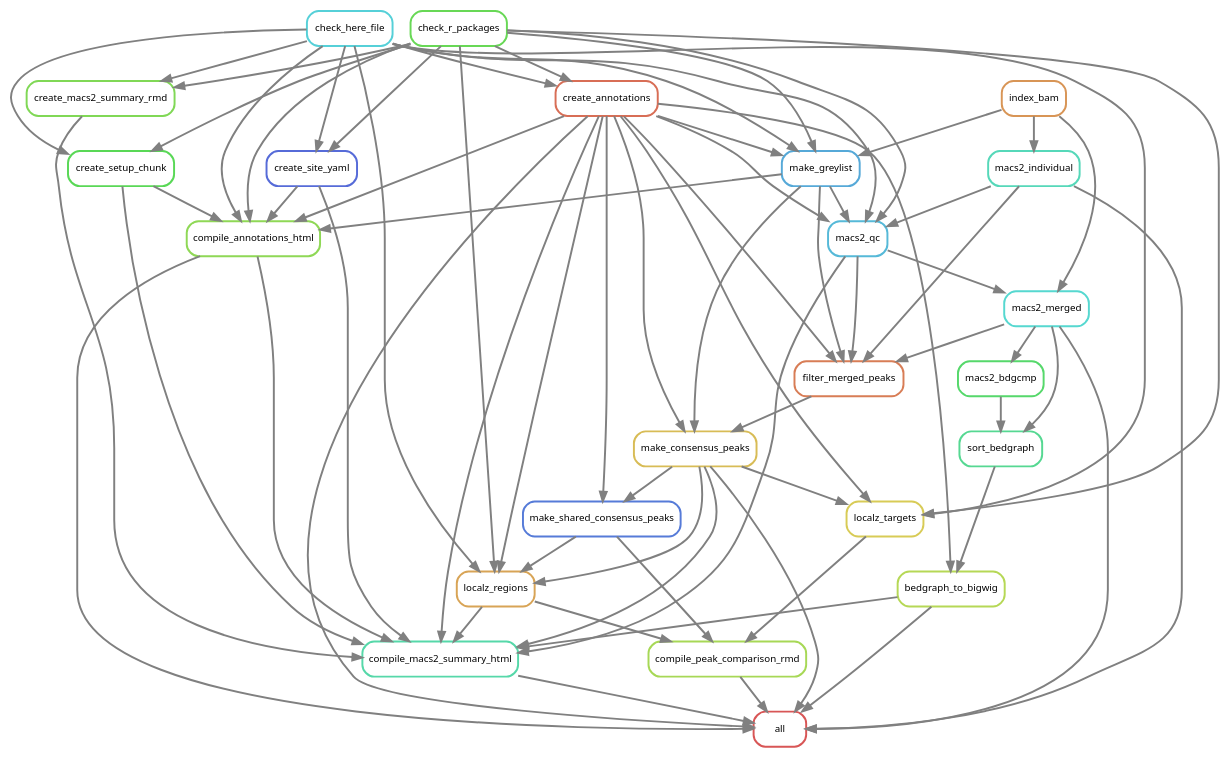
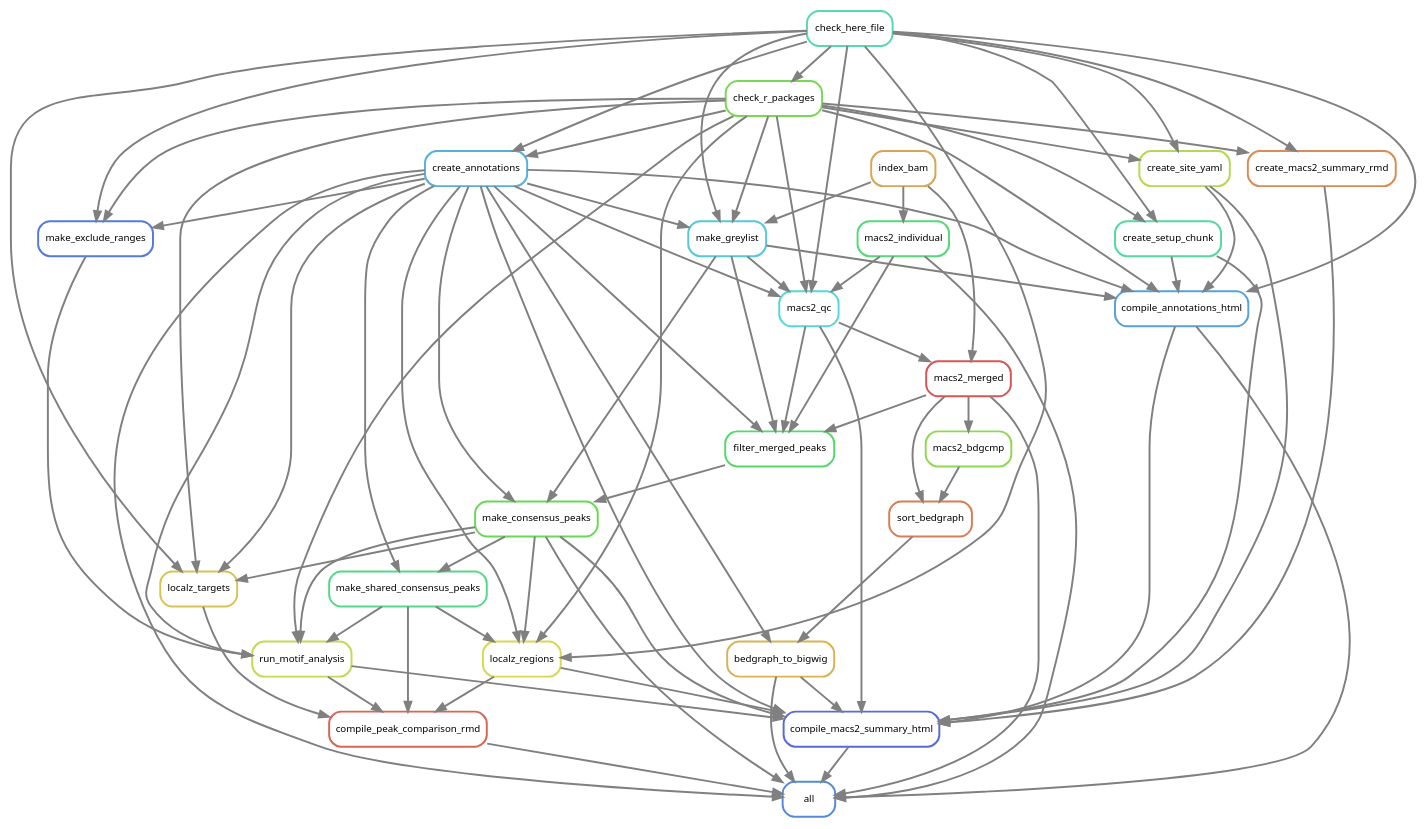
One commit to smped/GRAVI changed the diagram in workflow/rules/rulegraph.dot. Above: the diagram before and after it, drawn with Graphviz. The commit also changed 2 other files, not shown here.

```diff
--- a/workflow/rules/rulegraph.dot
+++ b/workflow/rules/rulegraph.dot
@@ -1,98 +1,111 @@
 digraph snakemake_dag {
     graph[bgcolor=white, margin=0];
     node[shape=box, style=rounded, fontname=sans,                 fontsize=10, penwidth=2];
     edge[penwidth=2, color=grey];
-	0[label = "all", color = "0.00 0.6 0.85", style="rounded"];
-	1[label = "compile_annotations_html", color = "0.26 0.6 0.85", style="rounded"];
-	2[label = "check_here_file", color = "0.51 0.6 0.85", style="rounded"];
-	3[label = "check_r_packages", color = "0.31 0.6 0.85", style="rounded"];
-	4[label = "index_bam", color = "0.08 0.6 0.85", style="rounded"];
-	5[label = "make_greylist", color = "0.56 0.6 0.85", style="rounded"];
-	6[label = "create_annotations", color = "0.03 0.6 0.85", style="rounded"];
-	7[label = "create_setup_chunk", color = "0.33 0.6 0.85", style="rounded"];
-	8[label = "create_site_yaml", color = "0.64 0.6 0.85", style="rounded"];
-	9[label = "compile_macs2_summary_html", color = "0.44 0.6 0.85", style="rounded"];
-	10[label = "bedgraph_to_bigwig", color = "0.21 0.6 0.85", style="rounded"];
-	11[label = "sort_bedgraph", color = "0.41 0.6 0.85", style="rounded"];
-	12[label = "macs2_merged", color = "0.49 0.6 0.85", style="rounded"];
-	13[label = "macs2_qc", color = "0.54 0.6 0.85", style="rounded"];
-	14[label = "macs2_individual", color = "0.46 0.6 0.85", style="rounded"];
-	15[label = "make_consensus_peaks", color = "0.13 0.6 0.85", style="rounded"];
-	16[label = "filter_merged_peaks", color = "0.05 0.6 0.85", style="rounded"];
-	17[label = "localz_regions", color = "0.10 0.6 0.85", style="rounded"];
-	18[label = "create_macs2_summary_rmd", color = "0.28 0.6 0.85", style="rounded"];
-	19[label = "compile_peak_comparison_rmd", color = "0.23 0.6 0.85", style="rounded"];
-	20[label = "make_shared_consensus_peaks", color = "0.62 0.6 0.85", style="rounded"];
-	21[label = "localz_targets", color = "0.15 0.6 0.85", style="rounded"];
-	22[label = "macs2_bdgcmp", color = "0.36 0.6 0.85", style="rounded"];
+	0[label = "all", color = "0.60 0.6 0.85", style="rounded"];
+	1[label = "compile_annotations_html", color = "0.57 0.6 0.85", style="rounded"];
+	2[label = "check_here_file", color = "0.45 0.6 0.85", style="rounded"];
+	3[label = "check_r_packages", color = "0.29 0.6 0.85", style="rounded"];
+	4[label = "index_bam", color = "0.10 0.6 0.85", style="rounded"];
+	5[label = "make_greylist", color = "0.52 0.6 0.85", style="rounded"];
+	6[label = "create_annotations", color = "0.55 0.6 0.85", style="rounded"];
+	7[label = "create_setup_chunk", color = "0.43 0.6 0.85", style="rounded"];
+	8[label = "create_site_yaml", color = "0.21 0.6 0.85", style="rounded"];
+	9[label = "compile_macs2_summary_html", color = "0.64 0.6 0.85", style="rounded"];
+	10[label = "bedgraph_to_bigwig", color = "0.12 0.6 0.85", style="rounded"];
+	11[label = "sort_bedgraph", color = "0.05 0.6 0.85", style="rounded"];
+	12[label = "macs2_merged", color = "0.00 0.6 0.85", style="rounded"];
+	13[label = "macs2_qc", color = "0.50 0.6 0.85", style="rounded"];
+	14[label = "macs2_individual", color = "0.38 0.6 0.85", style="rounded"];
+	15[label = "make_consensus_peaks", color = "0.31 0.6 0.85", style="rounded"];
+	16[label = "filter_merged_peaks", color = "0.36 0.6 0.85", style="rounded"];
+	17[label = "localz_regions", color = "0.17 0.6 0.85", style="rounded"];
+	18[label = "run_motif_analysis", color = "0.19 0.6 0.85", style="rounded"];
+	19[label = "make_exclude_ranges", color = "0.62 0.6 0.85", style="rounded"];
+	20[label = "create_macs2_summary_rmd", color = "0.07 0.6 0.85", style="rounded"];
+	21[label = "compile_peak_comparison_rmd", color = "0.02 0.6 0.85", style="rounded"];
+	22[label = "make_shared_consensus_peaks", color = "0.40 0.6 0.85", style="rounded"];
+	23[label = "localz_targets", color = "0.14 0.6 0.85", style="rounded"];
+	24[label = "macs2_bdgcmp", color = "0.26 0.6 0.85", style="rounded"];
+	15 -> 0
+	12 -> 0
+	21 -> 0
+	1 -> 0
 	6 -> 0
+	9 -> 0
+	10 -> 0
 	14 -> 0
-	12 -> 0
-	15 -> 0
-	10 -> 0
-	19 -> 0
-	1 -> 0
-	9 -> 0
-	6 -> 1
-	2 -> 1
-	7 -> 1
-	5 -> 1
 	3 -> 1
 	8 -> 1
+	7 -> 1
+	2 -> 1
+	6 -> 1
+	5 -> 1
+	2 -> 3
+	4 -> 5
+	3 -> 5
+	2 -> 5
 	6 -> 5
-	4 -> 5
-	2 -> 5
-	3 -> 5
+	3 -> 6
 	2 -> 6
-	3 -> 6
+	3 -> 7
 	2 -> 7
-	3 -> 7
+	3 -> 8
 	2 -> 8
-	3 -> 8
+	18 -> 9
+	15 -> 9
+	8 -> 9
+	7 -> 9
+	1 -> 9
+	13 -> 9
 	6 -> 9
-	18 -> 9
-	13 -> 9
+	20 -> 9
 	10 -> 9
-	7 -> 9
 	17 -> 9
-	1 -> 9
-	8 -> 9
-	15 -> 9
 	11 -> 10
 	6 -> 10
 	12 -> 11
-	22 -> 11
+	24 -> 11
 	4 -> 12
 	13 -> 12
+	3 -> 13
+	2 -> 13
 	6 -> 13
+	5 -> 13
 	14 -> 13
-	2 -> 13
-	5 -> 13
-	3 -> 13
 	4 -> 14
+	5 -> 15
 	6 -> 15
-	5 -> 15
 	16 -> 15
-	6 -> 16
-	14 -> 16
 	12 -> 16
 	13 -> 16
 	5 -> 16
+	6 -> 16
+	14 -> 16
+	3 -> 17
+	22 -> 17
+	15 -> 17
+	2 -> 17
 	6 -> 17
-	2 -> 17
-	3 -> 17
-	20 -> 17
-	15 -> 17
-	2 -> 18
 	3 -> 18
-	17 -> 19
-	21 -> 19
-	20 -> 19
-	6 -> 20
-	15 -> 20
-	6 -> 21
-	15 -> 21
-	2 -> 21
-	3 -> 21
-	12 -> 22
+	22 -> 18
+	15 -> 18
+	6 -> 18
+	19 -> 18
+	3 -> 19
+	2 -> 19
+	6 -> 19
+	3 -> 20
+	2 -> 20
+	18 -> 21
+	22 -> 21
+	23 -> 21
+	17 -> 21
+	15 -> 22
+	6 -> 22
+	3 -> 23
+	2 -> 23
+	15 -> 23
+	6 -> 23
+	12 -> 24
 }            
```
